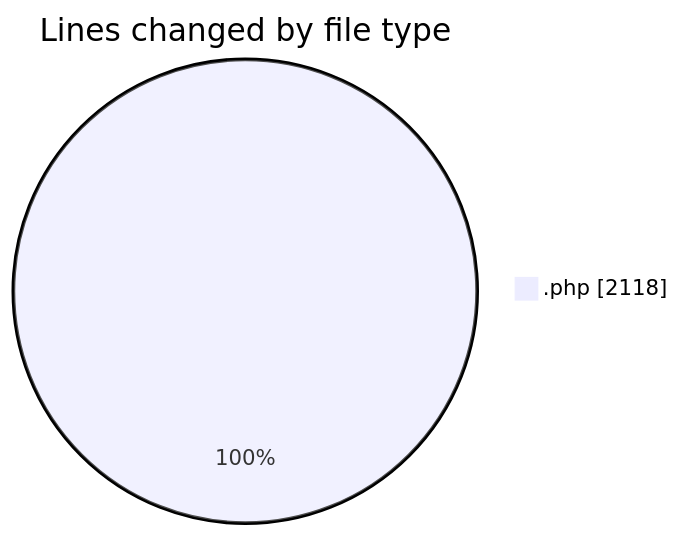
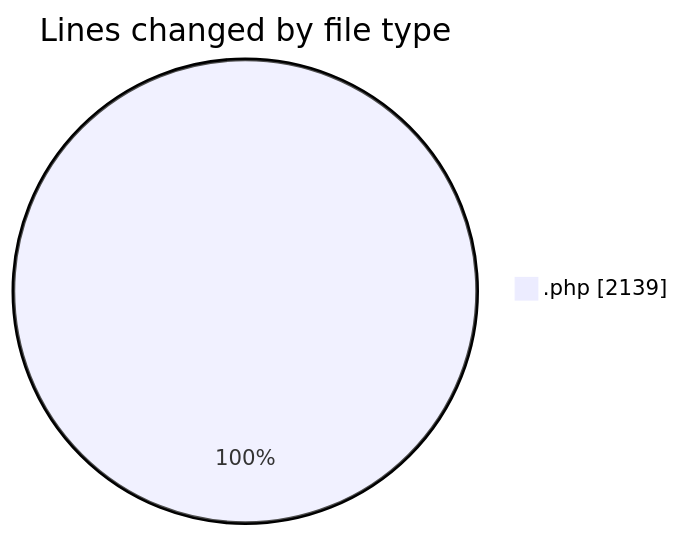
Before and after one commit to debugP/code-tracking: the first of 2 diagrams in 2025-10-22/untitled__workspace_/README.md, drawn with Mermaid. The commit also changed other lines of this file and 1 other file, not shown here.

````diff
--- a/2025-10-22/untitled__workspace_/README.md
+++ b/2025-10-22/untitled__workspace_/README.md
@@ -20,5 +20,5 @@
 ```mermaid
 pie showData
 title Lines changed by file type
-".php" : 2118
+".php" : 2139
 ```
````
